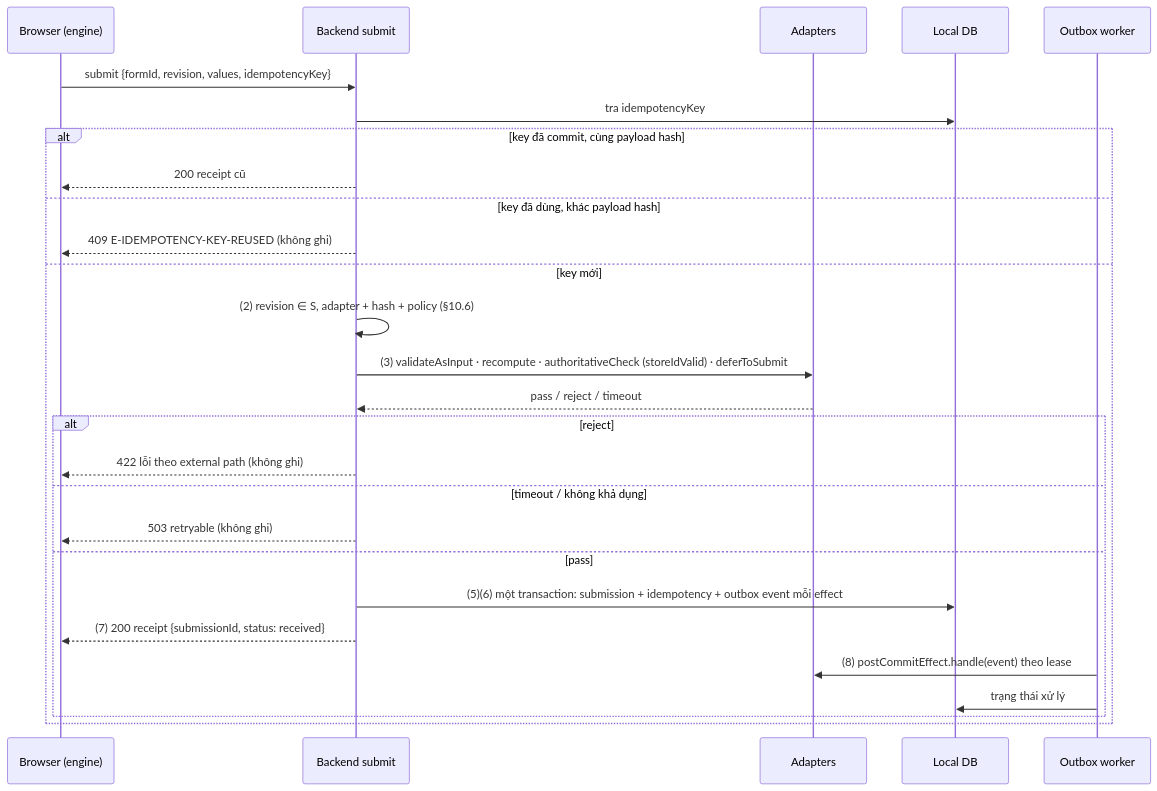
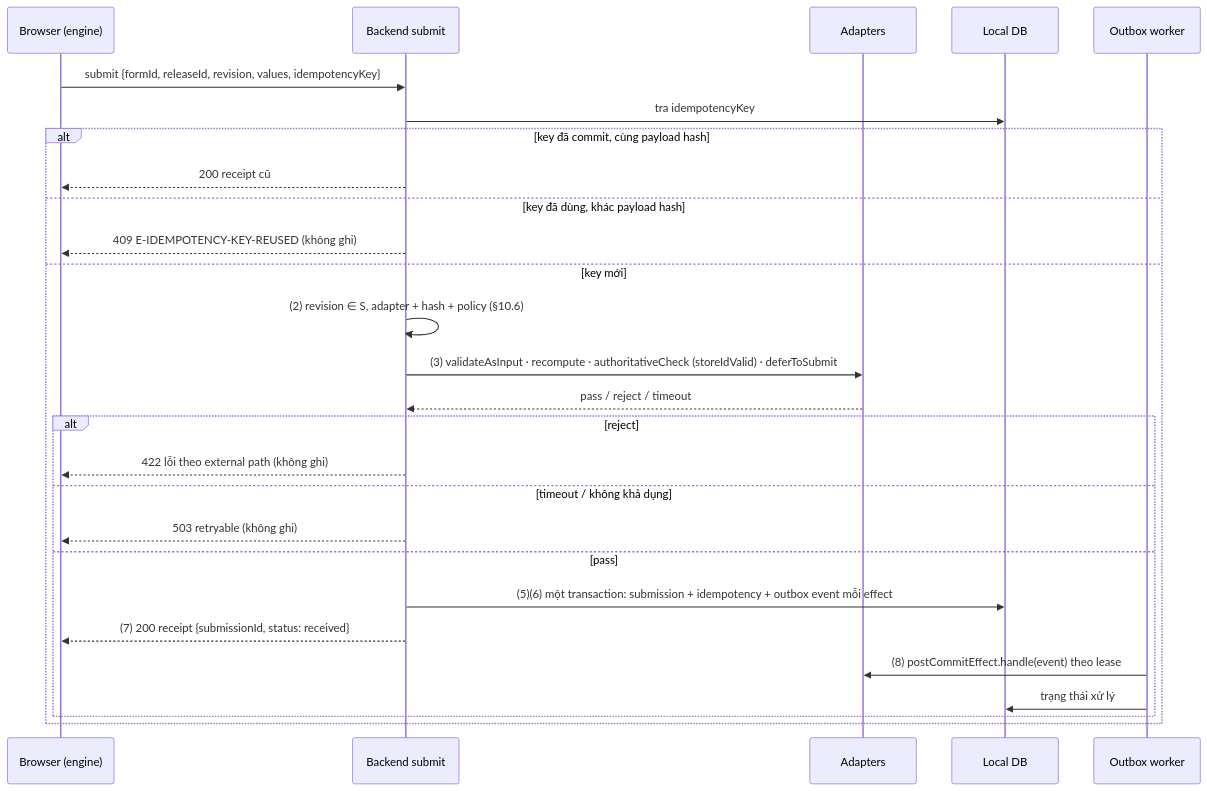
Before and after one commit to holong10920/forms_master: the second of 2 diagrams in docs/superpowers/specs/2026-10-24-plugin-contracts-capability-registry-design.md, drawn with Mermaid. The commit also changed other lines of this file and 10 other files, not shown here.

First line of the commit message:
docs(p01): spec #5 architecture proposal rev 1 (ADR-055), spec #4 rev 2.2 ready for cross-spec review, spec #2 rev 2.8

````diff
--- a/docs/superpowers/specs/2026-10-24-plugin-contracts-capability-registry-design.md
+++ b/docs/superpowers/specs/2026-10-24-plugin-contracts-capability-registry-design.md
@@ -890,29 +899,29 @@
 ```mermaid
 sequenceDiagram
   participant B as Browser (engine)
   participant API as Backend submit
   participant A as Adapters
   participant DB as Local DB
   participant W as Outbox worker
-  B->>API: submit {formId, revision, values, idempotencyKey}
+  B->>API: submit {formId, releaseId, revision, values, idempotencyKey}
   API->>DB: tra idempotencyKey
   alt key đã commit, cùng payload hash
     API-->>B: 200 receipt cũ
   else key đã dùng, khác payload hash
     API-->>B: 409 E-IDEMPOTENCY-KEY-REUSED (không ghi)
   else key mới
     API->>API: (2) revision ∈ S, adapter + hash + policy (§10.6)
     API->>A: (3) validateAsInput · recompute · authoritativeCheck (storeIdValid) · deferToSubmit
     A-->>API: pass / reject / timeout
     alt reject
       API-->>B: 422 lỗi theo external path (không ghi)
     else timeout / không khả dụng
       API-->>B: 503 retryable (không ghi)
     else pass
       API->>DB: (5)(6) một transaction: submission + idempotency + outbox event mỗi effect
       API-->>B: (7) 200 receipt {submissionId, status: received}
       W->>A: (8) postCommitEffect.handle(event) theo lease
       W->>DB: trạng thái xử lý
     end
   end
 ```
````
